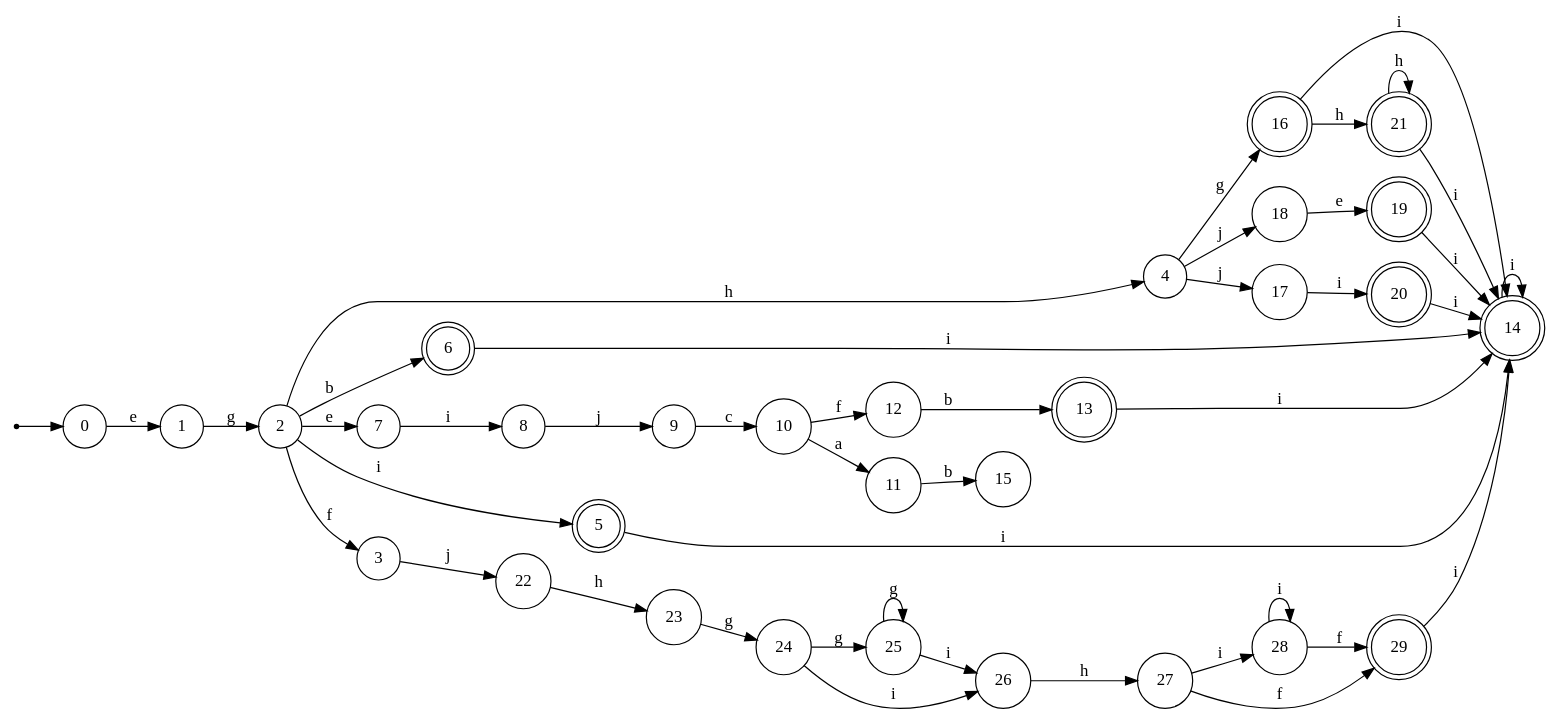
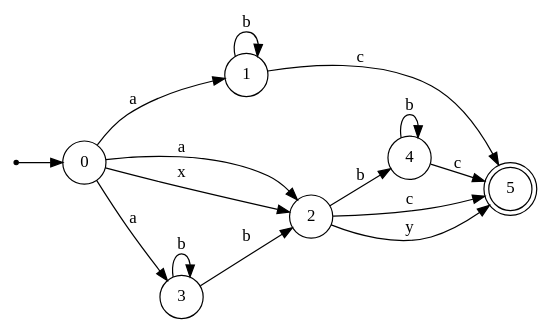
The diagram in nfa.gv (LeonardoDeFaveri/NFA-minimization), drawn with Graphviz before and after one commit. The commit also changed 11 other files, not shown here.

```diff
--- a/nfa.gv
+++ b/nfa.gv
@@ -1,78 +1,25 @@
 digraph {
 	rankdir = LR;
 	size = "30,20";
 	node [shape = point]; "dummy0"
 	node [shape = circle]; "0"
 	"dummy0" -> "0";
-	node [shape = doublecircle]; "13";
-	node [shape = doublecircle]; "16";
-	node [shape = doublecircle]; "19";
-	node [shape = doublecircle]; "20";
 	node [shape = circle]; "4";
-	node [shape = circle]; "23";
-	node [shape = doublecircle]; "6";
-	node [shape = circle]; "15";
+	node [shape = circle]; "1";
 	node [shape = circle]; "2";
-	node [shape = circle]; "10";
-	node [shape = circle]; "27";
-	node [shape = circle]; "18";
-	node [shape = circle]; "17";
-	node [shape = circle]; "1";
-	node [shape = circle]; "9";
-	node [shape = circle]; "12";
-	node [shape = circle]; "25";
-	node [shape = circle]; "28";
-	node [shape = circle]; "8";
-	node [shape = circle]; "7";
-	node [shape = circle]; "26";
 	node [shape = doublecircle]; "5";
-	node [shape = circle]; "22";
-	node [shape = doublecircle]; "29";
-	node [shape = doublecircle]; "14";
 	node [shape = circle]; "3";
-	node [shape = circle]; "11";
-	node [shape = doublecircle]; "21";
-	node [shape = circle]; "24";
-	"11" -> "15" [label = "b"];
-	"21" -> "14" [label = "i"];
-	"21" -> "21" [label = "h"];
-	"6" -> "14" [label = "i"];
-	"2" -> "6" [label = "b"];
-	"2" -> "7" [label = "e"];
-	"2" -> "3" [label = "f"];
-	"2" -> "5" [label = "i"];
-	"2" -> "4" [label = "h"];
-	"9" -> "10" [label = "c"];
-	"14" -> "14" [label = "i"];
-	"0" -> "1" [label = "e"];
-	"18" -> "19" [label = "e"];
-	"4" -> "17" [label = "j"];
-	"4" -> "18" [label = "j"];
-	"4" -> "16" [label = "g"];
-	"19" -> "14" [label = "i"];
-	"16" -> "14" [label = "i"];
-	"16" -> "21" [label = "h"];
-	"7" -> "8" [label = "i"];
-	"13" -> "14" [label = "i"];
-	"27" -> "28" [label = "i"];
-	"27" -> "29" [label = "f"];
-	"12" -> "13" [label = "b"];
-	"3" -> "22" [label = "j"];
-	"22" -> "23" [label = "h"];
-	"28" -> "28" [label = "i"];
-	"28" -> "29" [label = "f"];
-	"17" -> "20" [label = "i"];
-	"20" -> "14" [label = "i"];
-	"5" -> "14" [label = "i"];
-	"24" -> "25" [label = "g"];
-	"24" -> "26" [label = "i"];
-	"1" -> "2" [label = "g"];
-	"10" -> "11" [label = "a"];
-	"10" -> "12" [label = "f"];
-	"23" -> "24" [label = "g"];
-	"29" -> "14" [label = "i"];
-	"8" -> "9" [label = "j"];
-	"25" -> "26" [label = "i"];
-	"25" -> "25" [label = "g"];
-	"26" -> "27" [label = "h"];
+	"1" -> "1" [label = "b"];
+	"1" -> "5" [label = "c"];
+	"3" -> "2" [label = "b"];
+	"3" -> "3" [label = "b"];
+	"0" -> "2" [label = "a"];
+	"0" -> "3" [label = "a"];
+	"0" -> "1" [label = "a"];
+	"0" -> "2" [label = "x"];
+	"2" -> "5" [label = "c"];
+	"2" -> "4" [label = "b"];
+	"2" -> "5" [label = "y"];
+	"4" -> "4" [label = "b"];
+	"4" -> "5" [label = "c"];
 }
```
